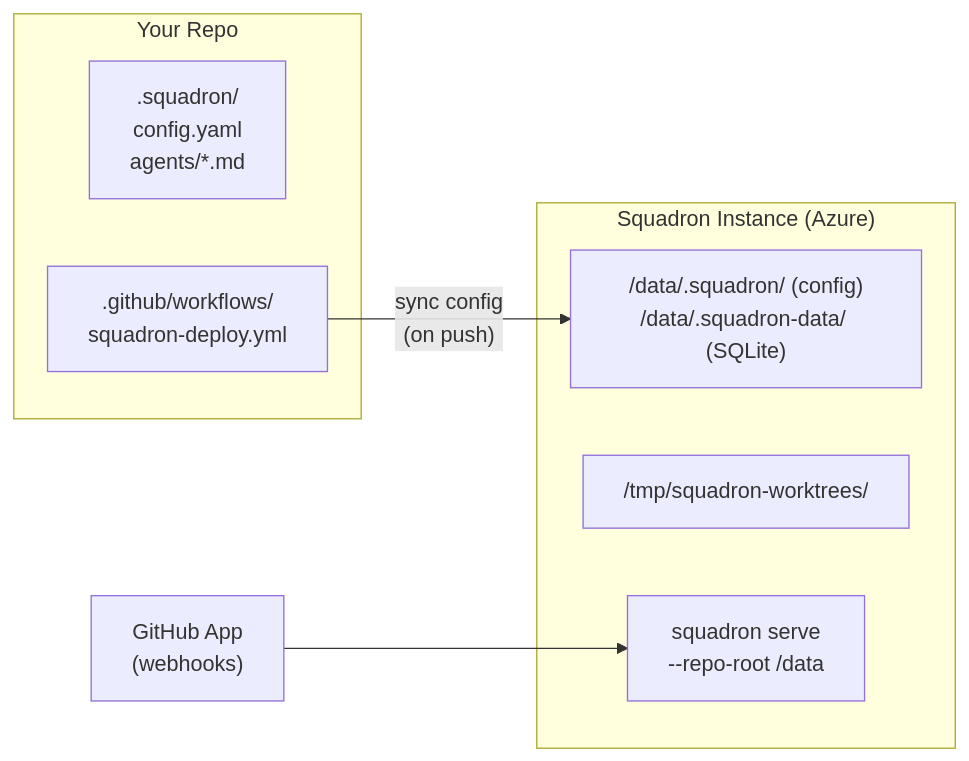
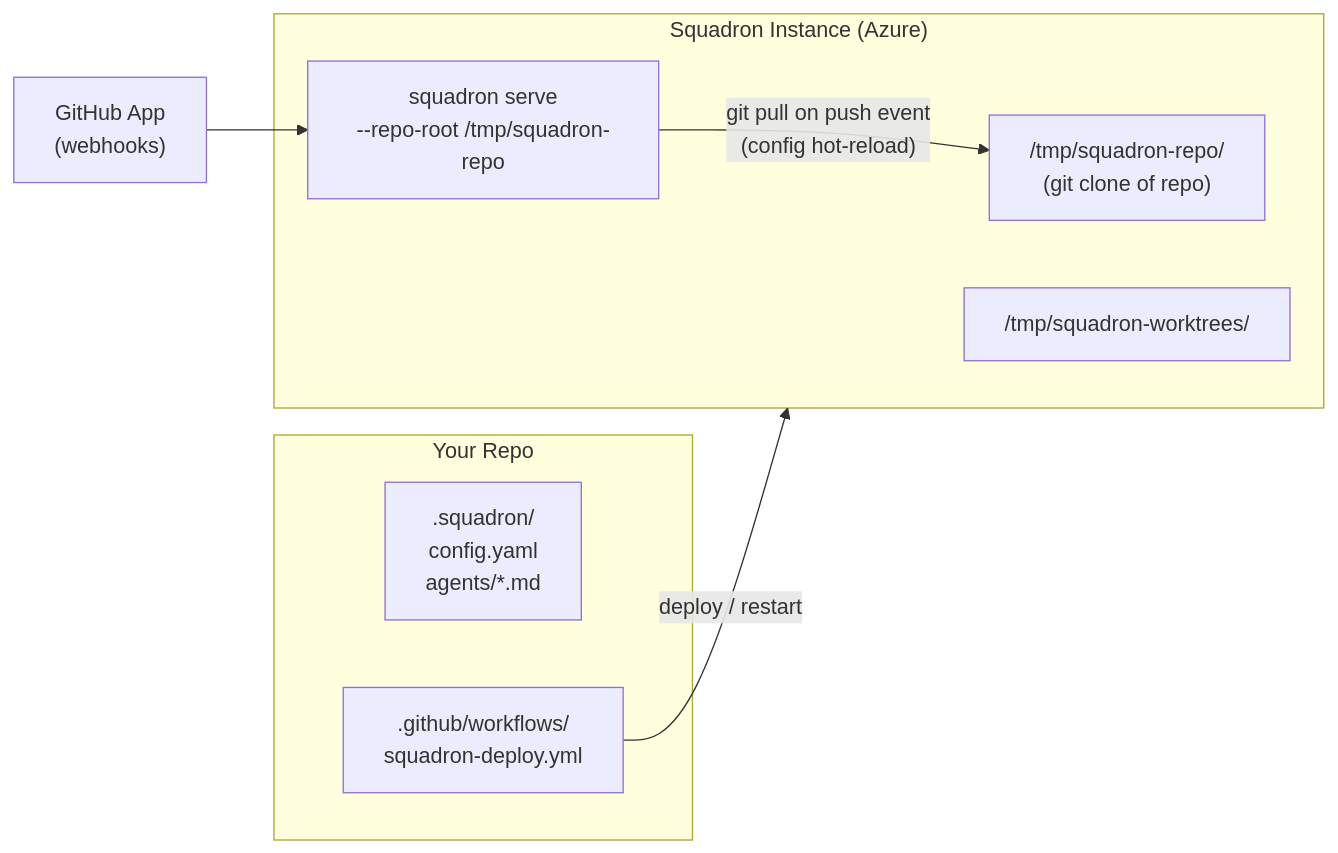
The diagram in deploy/README.md (nbaertsch/squadron), drawn with Mermaid before and after one commit. The commit also changed other lines of this file and 37 other files, not shown here.

````diff
--- a/deploy/README.md
+++ b/deploy/README.md
@@ -7,16 +7,17 @@
 ```mermaid
 flowchart LR
   subgraph repo["Your Repo"]
     config[".squadron/<br>config.yaml<br>agents/*.md"]
     workflow[".github/workflows/<br>squadron-deploy.yml"]
   end
 
   subgraph instance["Squadron Instance (Azure)"]
-    data["/data/.squadron/ (config)<br>/data/.squadron-data/ (SQLite)"]
+    clone["/tmp/squadron-repo/<br>(git clone of repo)"]
     worktrees["/tmp/squadron-worktrees/"]
-    server["squadron serve<br>--repo-root /data"]
+    server["squadron serve<br>--repo-root /tmp/squadron-repo"]
   end
 
-  workflow -- "sync config<br>(on push)" --> data
+  workflow -- "deploy / restart" --> instance
   ghapp["GitHub App<br>(webhooks)"] --> server
+  server -- "git pull on push event<br>(config hot-reload)" --> clone
 ```
````
